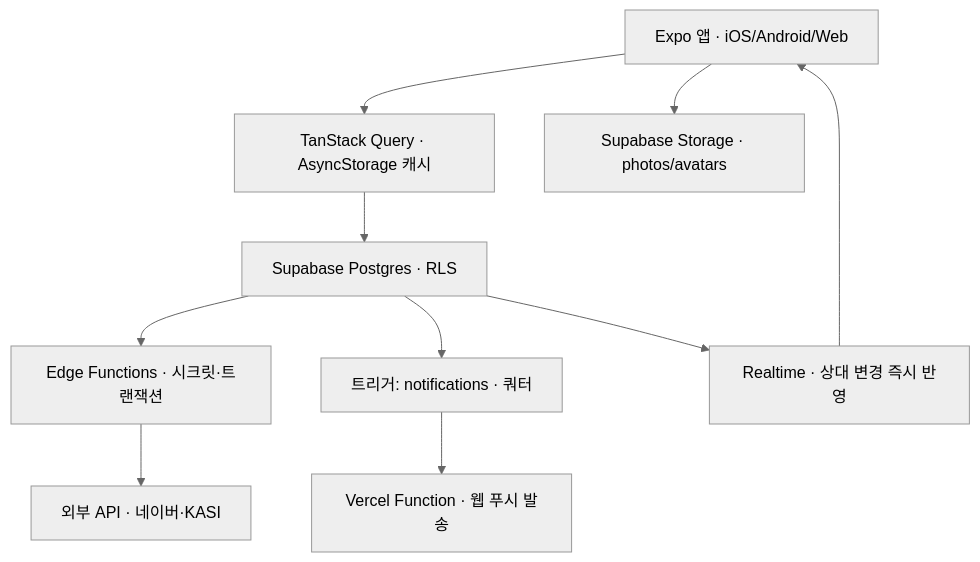
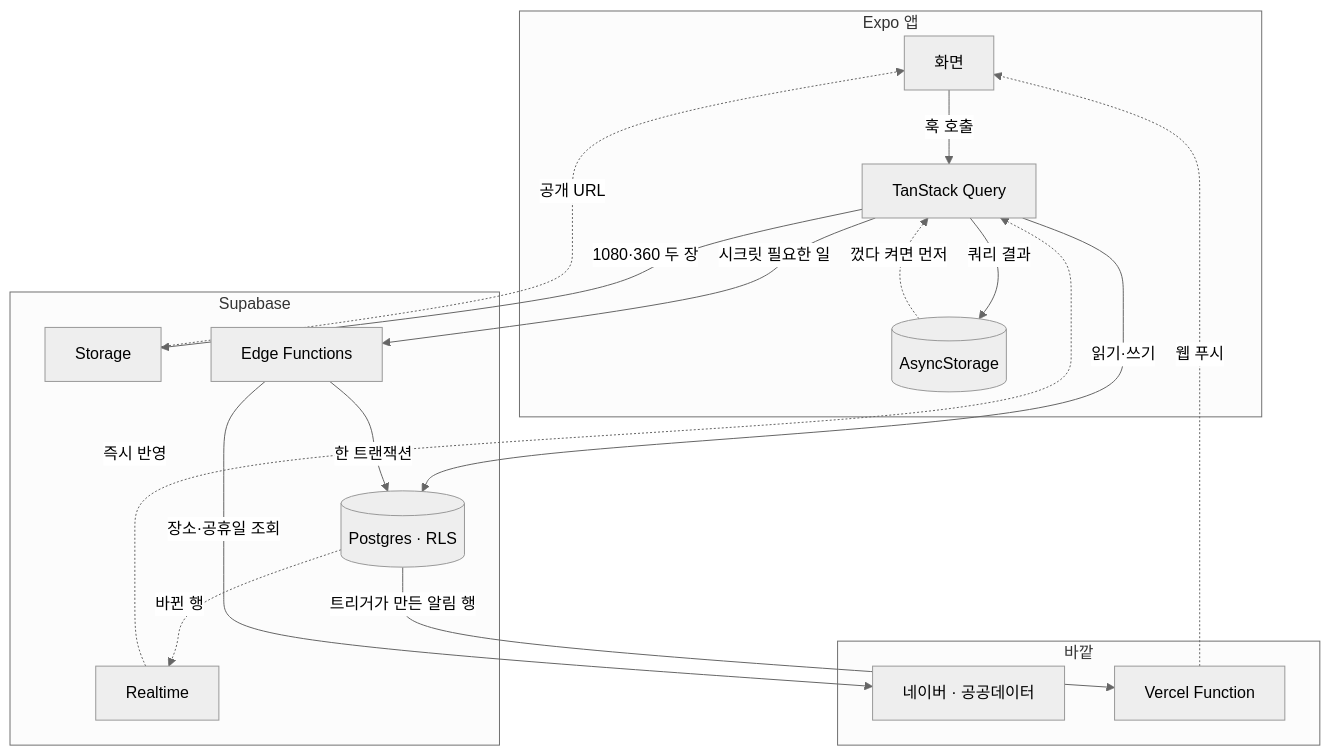
Before and after one commit to P0it/dev-blog: the diagram in projects/dodori/portfolio.md, drawn with Mermaid (neutral theme). The commit also changed other lines of this file and 4 other files, not shown here.

````diff
--- a/projects/dodori/portfolio.md
+++ b/projects/dodori/portfolio.md
@@ -258,12 +258,31 @@
 ```mermaid
 flowchart TD
-  A[Expo 앱 · iOS/Android/Web] --> B[TanStack Query · AsyncStorage 캐시]
-  B --> C[Supabase Postgres · RLS]
-  A --> D[Supabase Storage · photos/avatars]
-  C --> E[Edge Functions · 시크릿·트랜잭션]
-  E --> F[외부 API · 네이버·KASI]
-  C --> G[트리거: notifications · 쿼터]
-  G --> H[Vercel Function · 웹 푸시 발송]
-  C --> I[Realtime · 상대 변경 즉시 반영]
-  I --> A
+  subgraph 앱[Expo 앱]
+    UI[화면]
+    Q[TanStack Query]
+    AS[(AsyncStorage)]
+  end
+  subgraph 백[Supabase]
+    DB[(Postgres · RLS)]
+    ST[Storage]
+    EF[Edge Functions]
+    RT[Realtime]
+  end
+  subgraph 밖[바깥]
+    EXT[네이버 · 공공데이터]
+    VF[Vercel Function]
+  end
+  UI -->|훅 호출| Q
+  Q -->|쿼리 결과| AS
+  AS -.->|껐다 켜면 먼저| Q
+  Q -->|읽기·쓰기| DB
+  Q -->|1080·360 두 장| ST
+  Q -->|시크릿 필요한 일| EF
+  ST -.->|공개 URL| UI
+  EF -->|한 트랜잭션| DB
+  EF -->|장소·공휴일 조회| EXT
+  DB -->|트리거가 만든 알림 행| VF
+  VF -.->|웹 푸시| UI
+  DB -.->|바뀐 행| RT
+  RT -.->|즉시 반영| Q
 ```
````
